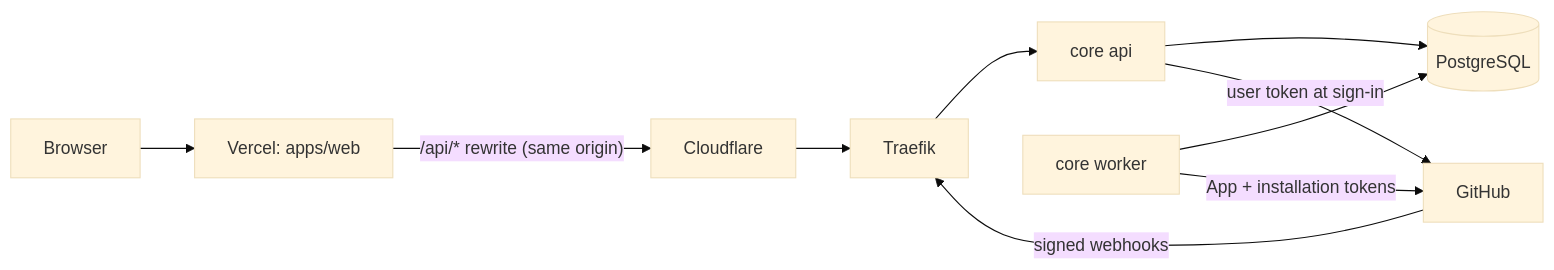
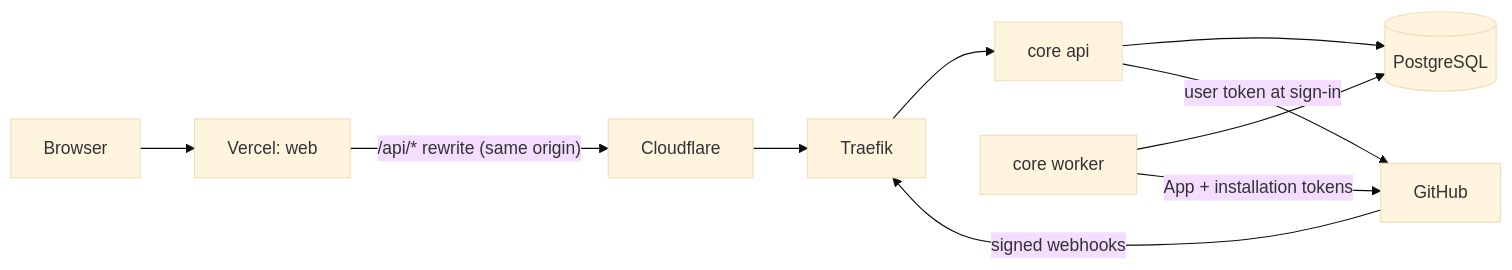
One commit to upayanmazumder/gitorgasm changed the diagram in README.md. Above: the diagram before and after it, drawn with Mermaid (base theme). The commit also changed other lines of this file and 143 other files, not shown here.

````diff
--- a/README.md
+++ b/README.md
@@ -10,11 +10,11 @@
 ```mermaid
 flowchart LR
-  B[Browser] --> V[Vercel: apps/web]
+  B[Browser] --> V[Vercel: web]
   V -- "/api/* rewrite (same origin)" --> CF[Cloudflare] --> T[Traefik]
   T --> API[core api]
   GH[GitHub] -- signed webhooks --> T
   API --> PG[(PostgreSQL)]
   W[core worker] --> PG
   W -- App + installation tokens --> GH
   API -- user token at sign-in --> GH
 ```
````
